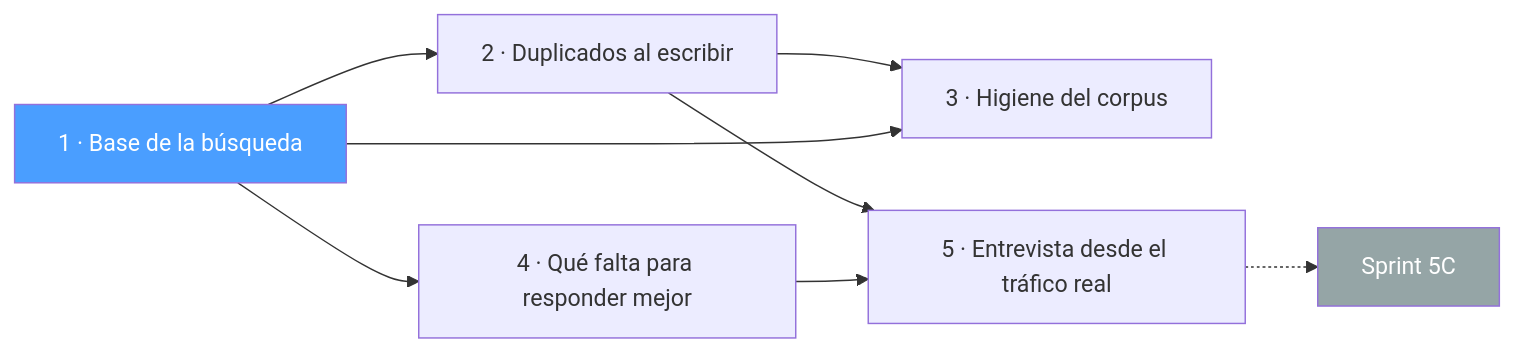
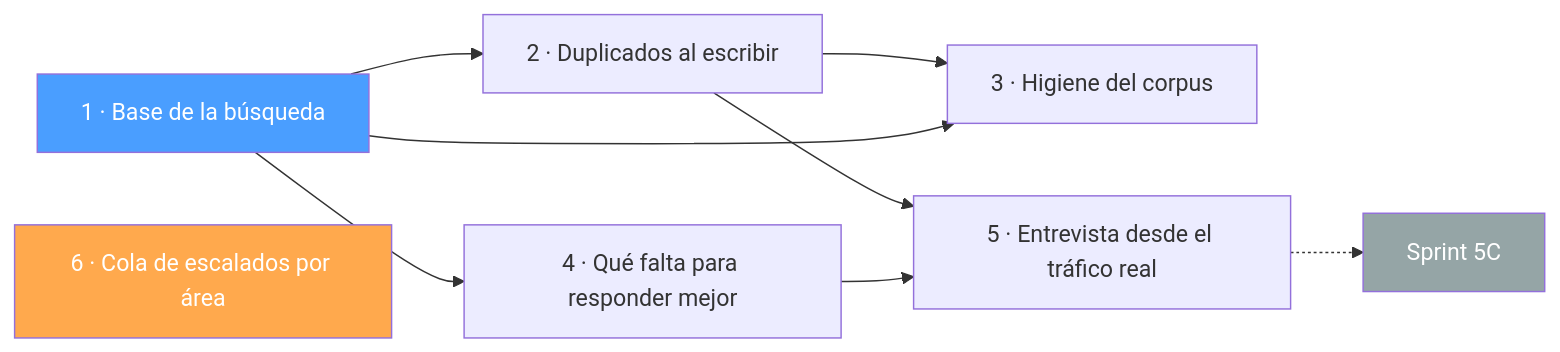
Before and after one commit to mauroarmas/TrimIA-Backend: the diagram in sprints/5B-conocimiento-confiable/README.md, drawn with Mermaid. The commit also changed other lines of this file and 45 other files, not shown here.

````diff
--- a/sprints/5B-conocimiento-confiable/README.md
+++ b/sprints/5B-conocimiento-confiable/README.md
@@ -19,12 +20,14 @@
 ```mermaid
 graph LR
     P1["1 · Base de la búsqueda"] --> P2["2 · Duplicados al escribir"]
     P1 --> P4["4 · Qué falta para responder mejor"]
     P2 --> P3["3 · Higiene del corpus"]
     P1 --> P3
     P2 --> P5["5 · Entrevista desde el tráfico real"]
     P4 --> P5
     P5 -.-> S5C["Sprint 5C"]
+    P6["6 · Cola de escalados por área"]
     style P1 fill:#4a9eff,color:white
+    style P6 fill:#ffa94d,color:white
     style S5C fill:#95a5a6,color:white
 ```
````
